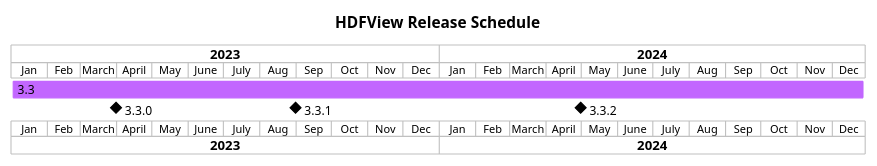
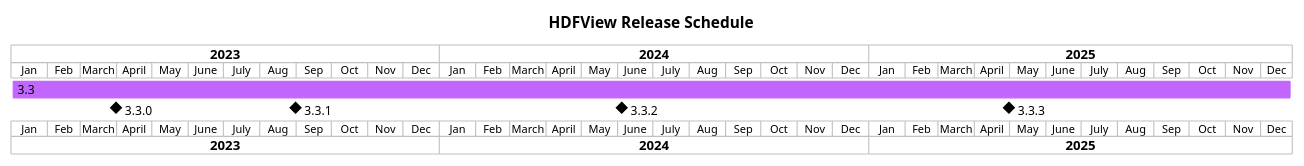
The diagram in docs/img/release-schedule.plantuml (HDFGroup/hdfview), drawn with PlantUML before and after one commit. The commit also changed 2 other files, not shown here.

```diff
--- a/docs/img/release-schedule.plantuml
+++ b/docs/img/release-schedule.plantuml
@@ -5,16 +5,18 @@
 @startgantt
 
 title HDFView Release Schedule
 
 projectscale monthly
 Project starts 2023-01-01
 
-[3.3] starts 2023-01-01 and lasts 104 weeks
+[3.3] starts 2023-01-01 and lasts 156 weeks
 [3.3.0] happens 2023-03-31
 [3.3.1] happens 2023-08-31
-[3.3.2] happens 2024-04-30
+[3.3.2] happens 2024-06-04
+[3.3.3] happens 2025-04-30
 [3.3.1] displays on same row as [3.3.0]
 [3.3.2] displays on same row as [3.3.0]
+[3.3.3] displays on same row as [3.3.0]
 [3.3] is colored in #C266FF
 
 @endgantt
```
